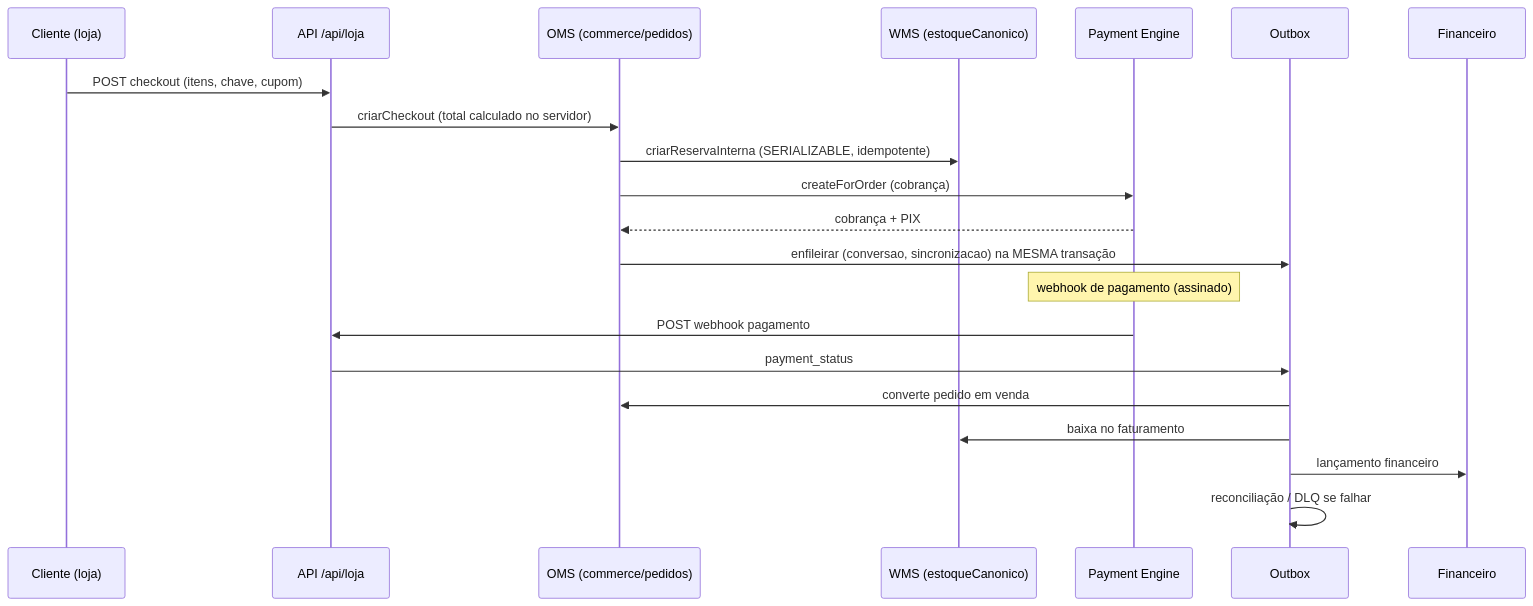
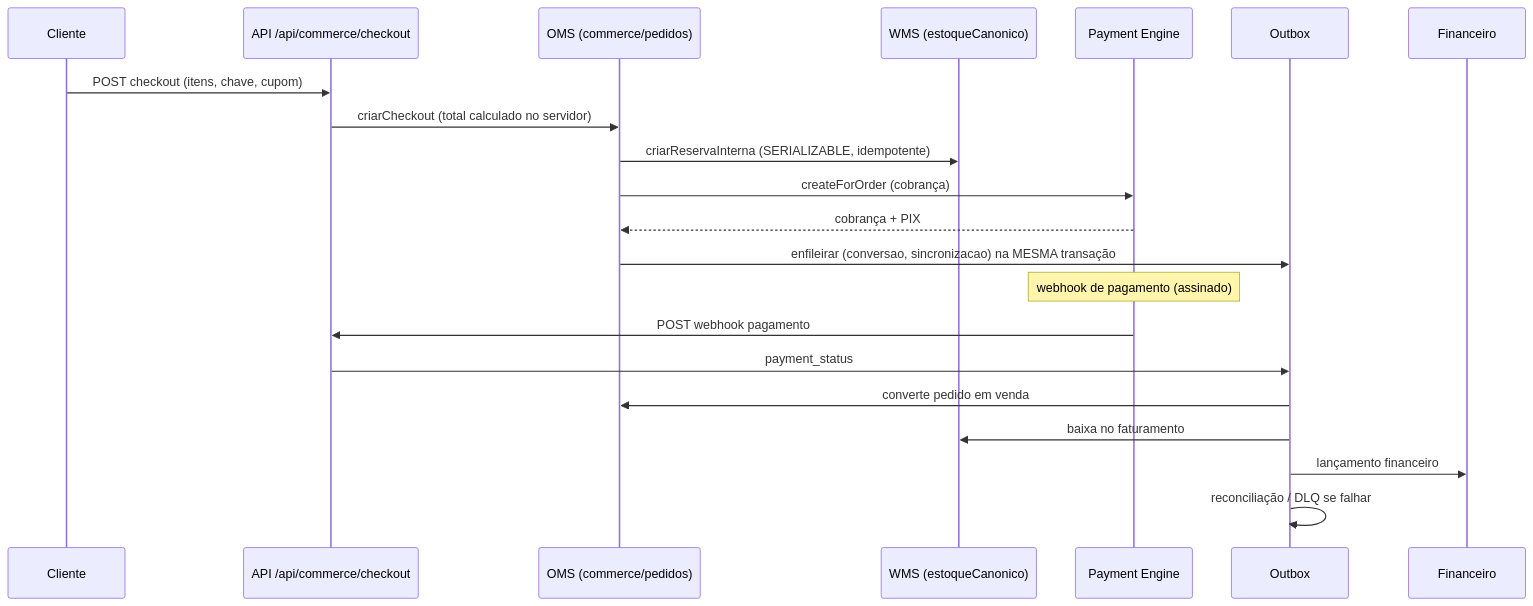
One commit to petrickmsilva-alt/brobond-erp changed the fourth of 5 diagrams in docs/architecture/TARGET-ARCHITECTURE.md. Above: the diagram before and after it, drawn with Mermaid. The commit also changed other lines of this file and 79 other files, not shown here.

````diff
--- a/docs/architecture/TARGET-ARCHITECTURE.md
+++ b/docs/architecture/TARGET-ARCHITECTURE.md
@@ -187,23 +187,23 @@
 ```mermaid
 sequenceDiagram
-  participant C as Cliente (loja)
-  participant API as API /api/loja
+  participant C as Cliente
+  participant API as API /api/commerce/checkout
   participant OMS as OMS (commerce/pedidos)
   participant WMS as WMS (estoqueCanonico)
   participant PAY as Payment Engine
   participant OUT as Outbox
   participant FIN as Financeiro
   C->>API: POST checkout (itens, chave, cupom)
   API->>OMS: criarCheckout (total calculado no servidor)
   OMS->>WMS: criarReservaInterna (SERIALIZABLE, idempotente)
   OMS->>PAY: createForOrder (cobrança)
   PAY-->>OMS: cobrança + PIX
   OMS->>OUT: enfileirar (conversao, sincronizacao) na MESMA transação
   Note over PAY: webhook de pagamento (assinado)
   PAY->>API: POST webhook pagamento
   API->>OUT: payment_status
   OUT->>OMS: converte pedido em venda
   OUT->>WMS: baixa no faturamento
   OUT->>FIN: lançamento financeiro
   OUT->>OUT: reconciliação / DLQ se falhar
 ```
````
